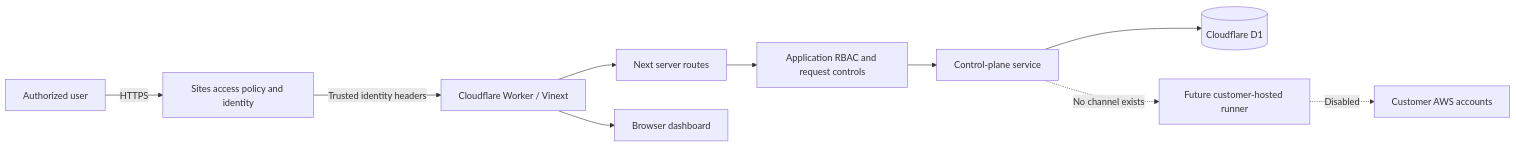
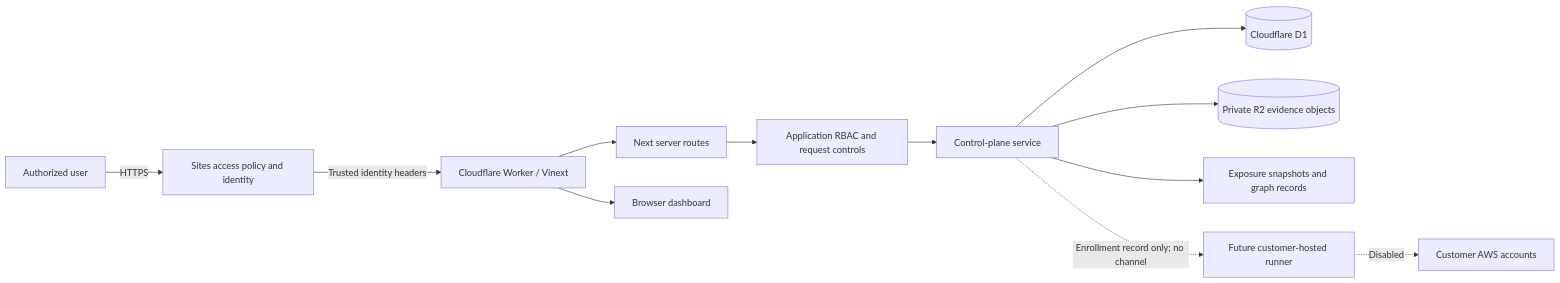
One commit to jaysonguglietta/CloudPen changed the first of 2 diagrams in docs/architecture.md. Above: the diagram before and after it, drawn with Mermaid. The commit also changed other lines of this file and 43 other files, not shown here.

````diff
--- a/docs/architecture.md
+++ b/docs/architecture.md
@@ -9,12 +9,14 @@
 ```mermaid
 flowchart LR
   U["Authorized user"] -->|HTTPS| S["Sites access policy and identity"]
   S -->|Trusted identity headers| W["Cloudflare Worker / Vinext"]
   W --> P["Next server routes"]
   P --> A["Application RBAC and request controls"]
   A --> C["Control-plane service"]
   C --> D[("Cloudflare D1")]
+  C --> O[("Private R2 evidence objects")]
   W --> B["Browser dashboard"]
-  C -. "No channel exists" .-> R["Future customer-hosted runner"]
+  C --> X["Exposure snapshots and graph records"]
+  C -. "Enrollment record only; no channel" .-> R["Future customer-hosted runner"]
   R -. "Disabled" .-> AWS["Customer AWS accounts"]
 ```
````
